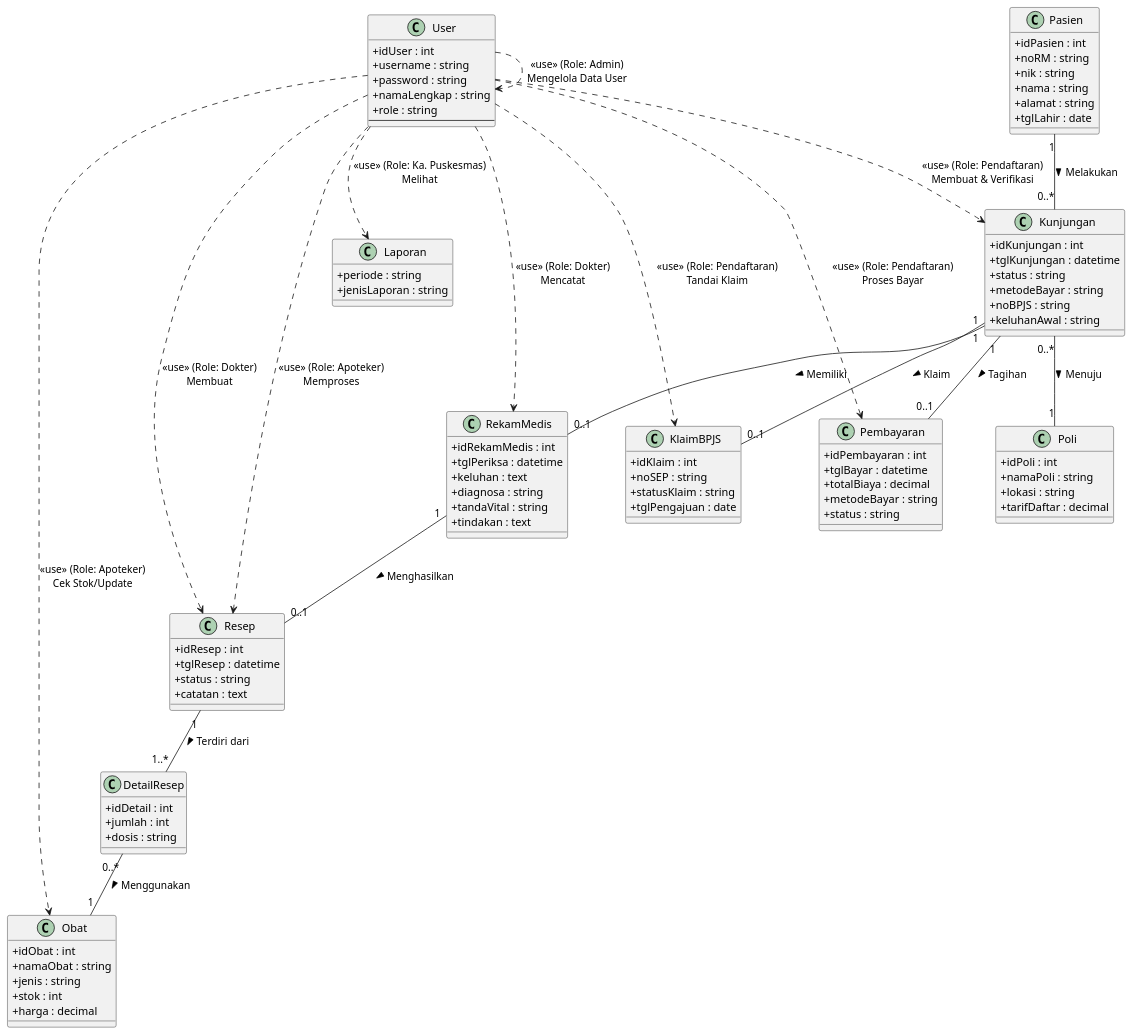
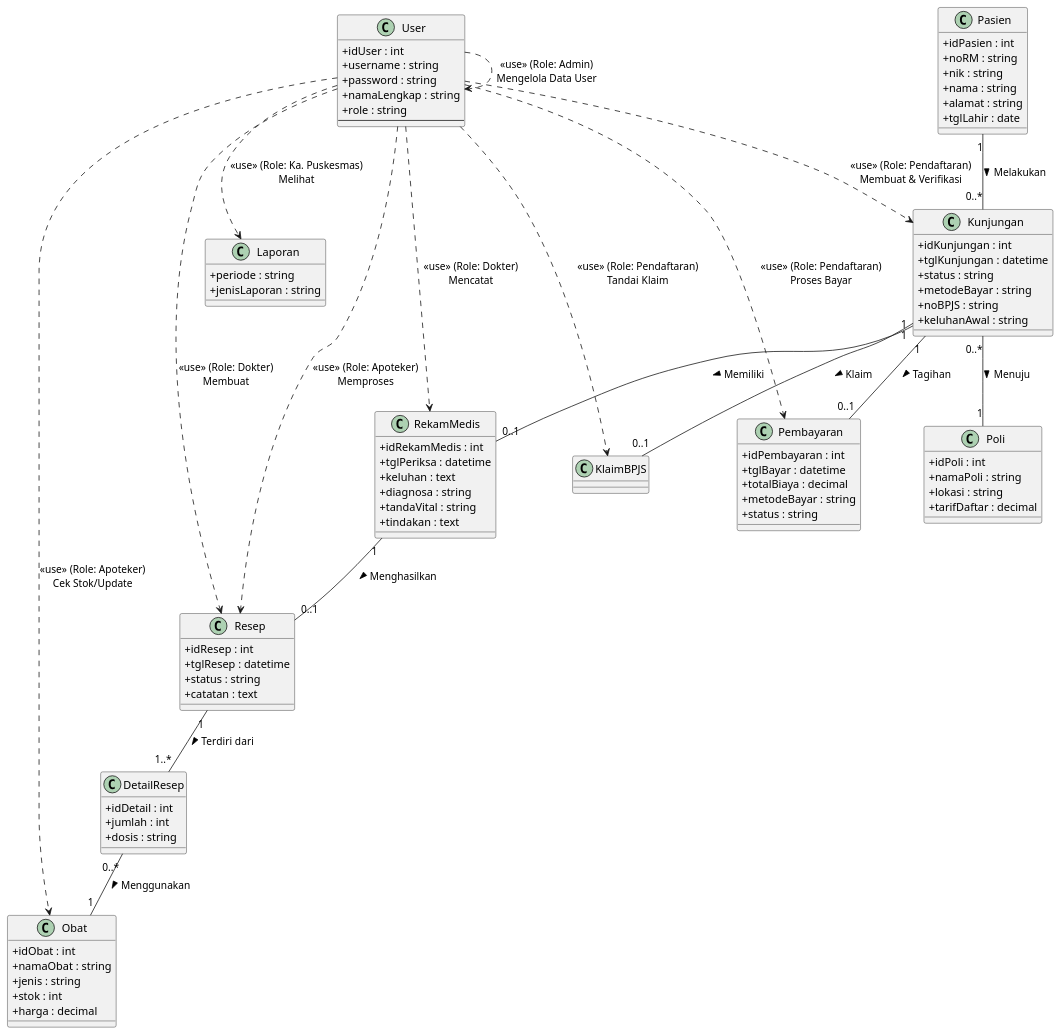
The diagram in docs/4-class-diagram.puml (septianof/SI-PUSKES), drawn with PlantUML before and after one commit. The commit also changed 5 other files, not shown here.

```diff
--- a/docs/4-class-diagram.puml
+++ b/docs/4-class-diagram.puml
@@ -1,134 +1,127 @@
 @startuml
 skinparam classAttributeIconSize 0
 scale 1
 
 ' --- DEFINISI KELAS ---
 
 class User {
     +idUser : int
     +username : string
     +password : string
     +namaLengkap : string
     +role : string
     --
     ' Role values: "pendaftaran", "dokter", "apoteker", 
     ' "kepala Puskesmas", "admin"
 }
 
 class Pasien {
     +idPasien : int
     +noRM : string
     +nik : string
     +nama : string
     +alamat : string
     +tglLahir : date
 }
 
 class Kunjungan {
     +idKunjungan : int
     +tglKunjungan : datetime
     +status : string
     +metodeBayar : string
     +noBPJS : string
     +keluhanAwal : string
 }
 
 class Poli {
     +idPoli : int
     +namaPoli : string
     +lokasi : string
     +tarifDaftar : decimal
 }
 
 class RekamMedis {
     +idRekamMedis : int
     +tglPeriksa : datetime
     +keluhan : text
     +diagnosa : string
     +tandaVital : string
     +tindakan : text
 }
 
 class Resep {
     +idResep : int
     +tglResep : datetime
     +status : string
     +catatan : text
 }
 
 class DetailResep {
     +idDetail : int
     +jumlah : int
     +dosis : string
 }
 
 class Obat {
     +idObat : int
     +namaObat : string
     +jenis : string
     +stok : int
     +harga : decimal
 }
 
 class Pembayaran {
     +idPembayaran : int
     +tglBayar : datetime
     +totalBiaya : decimal
     +metodeBayar : string
     +status : string
 }
 
-class KlaimBPJS {
-    +idKlaim : int
-    +noSEP : string
-    +statusKlaim : string
-    +tglPengajuan : date
-}
-
 class Laporan {
     ' Kelas representasi untuk modul laporan
     +periode : string
     +jenisLaporan : string
 }
 
 ' --- RELASI ANTAR KELAS UTAMA (Sesuai Poin D.1 & D.2 Akhir) ---
 
 Pasien "1" -- "0..*" Kunjungan : Melakukan >
 Kunjungan "0..*" -- "1" Poli : Menuju >
 
 ' Satu kunjungan menghasilkan satu rekam medis
 Kunjungan "1" -- "0..1" RekamMedis : Memiliki >
 
 ' Satu kunjungan bisa memiliki tagihan pembayaran atau klaim BPJS
 Kunjungan "1" -- "0..1" Pembayaran : Tagihan >
 Kunjungan "1" -- "0..1" KlaimBPJS : Klaim >
 
 ' Rekam Medis terkait dengan Resep (Dokter buat resep saat periksa)
 RekamMedis "1" -- "0..1" Resep : Menghasilkan >
 
 ' Detail Resep menghubungkan Resep dan Obat (Many-to-Many via intermediate table)
 Resep "1" -- "1..*" DetailResep : Terdiri dari >
 DetailResep "0..*" -- "1" Obat : Menggunakan >
 
 ' --- RELASI USER BERDASARKAN ROLE (Sesuai Poin D.2) ---
 
 ' Role: Pendaftaran -> Kunjungan, Pembayaran, KlaimBPJS
 User ..> Kunjungan : <<use>> (Role: Pendaftaran)\nMembuat & Verifikasi
 User ..> Pembayaran : <<use>> (Role: Pendaftaran)\nProses Bayar
 User ..> KlaimBPJS : <<use>> (Role: Pendaftaran)\nTandai Klaim
 
 ' Role: Dokter -> Rekam Medis, Resep
 User ..> RekamMedis : <<use>> (Role: Dokter)\nMencatat
 User ..> Resep : <<use>> (Role: Dokter)\nMembuat
 
 ' Role: Apoteker -> Resep, Obat
 User ..> Resep : <<use>> (Role: Apoteker)\nMemproses
 User ..> Obat : <<use>> (Role: Apoteker)\nCek Stok/Update
 
 ' Role: Kepala Puskesmas -> Laporan
 User ..> Laporan : <<use>> (Role: Ka. Puskesmas)\nMelihat
 
 ' Role: Admin -> User (Self relation for management)
 User ..> User : <<use>> (Role: Admin)\nMengelola Data User
 
 @enduml
```
